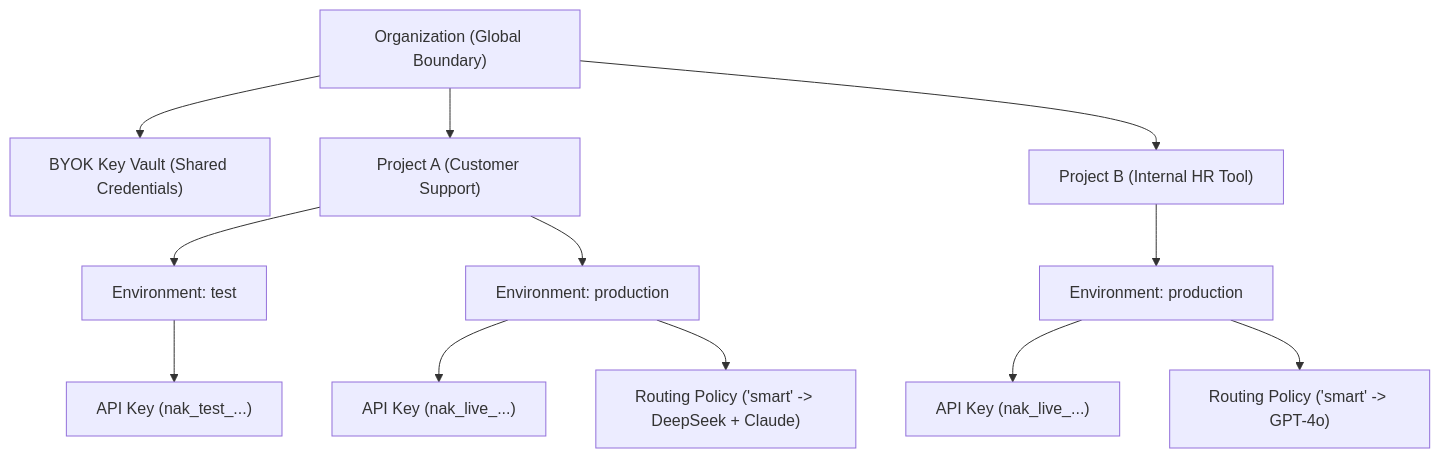
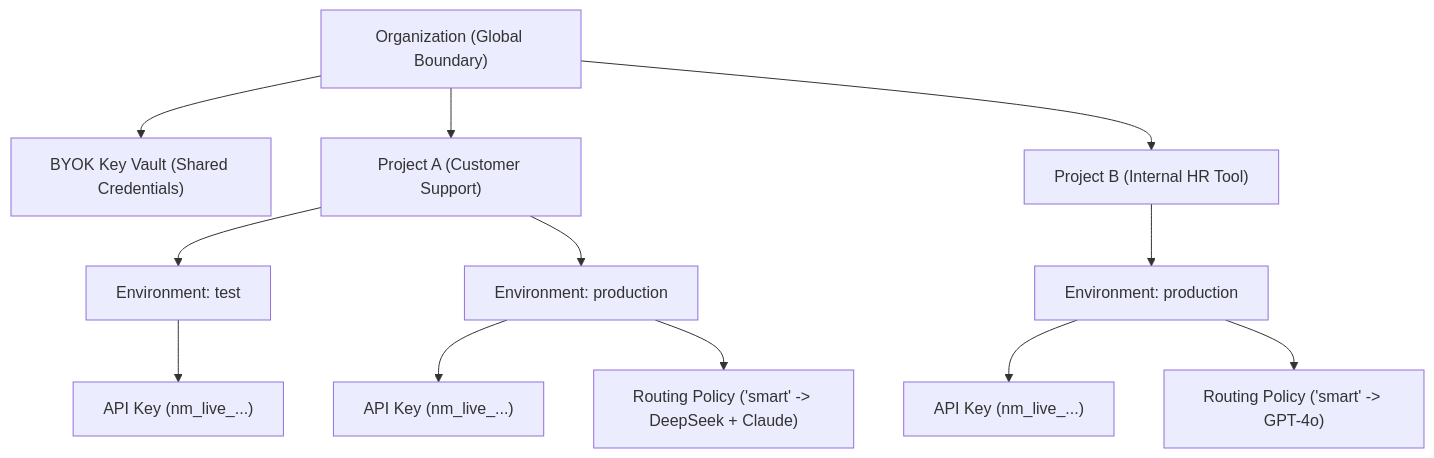
The third of 3 diagrams in docs/developer-portal/overview.md (bhakha-services/naagmani-docs), drawn with Mermaid before and after one commit. The commit also changed 130 other files, not shown here.

````diff
--- a/docs/developer-portal/overview.md
+++ b/docs/developer-portal/overview.md
@@ -83,18 +83,18 @@
 ```mermaid
 graph TD
     Org["Organization (Global Boundary)"]
     Org --> BYOK["BYOK Key Vault (Shared Credentials)"]
     Org --> Proj1["Project A (Customer Support)"]
     Org --> Proj2["Project B (Internal HR Tool)"]
 
     Proj1 --> E1["Environment: test"]
     Proj1 --> E2["Environment: production"]
 
-    E1 --> K1["API Key (nak_test_...)"]
-    E2 --> K2["API Key (nak_live_...)"]
+    E1 --> K1["API Key (nm_live_...)"]
+    E2 --> K2["API Key (nm_live_...)"]
     E2 --> R1["Routing Policy ('smart' -> DeepSeek + Claude)"]
 
     Proj2 --> E3["Environment: production"]
-    E3 --> K3["API Key (nak_live_...)"]
+    E3 --> K3["API Key (nm_live_...)"]
     E3 --> R2["Routing Policy ('smart' -> GPT-4o)"]
 ```
````
